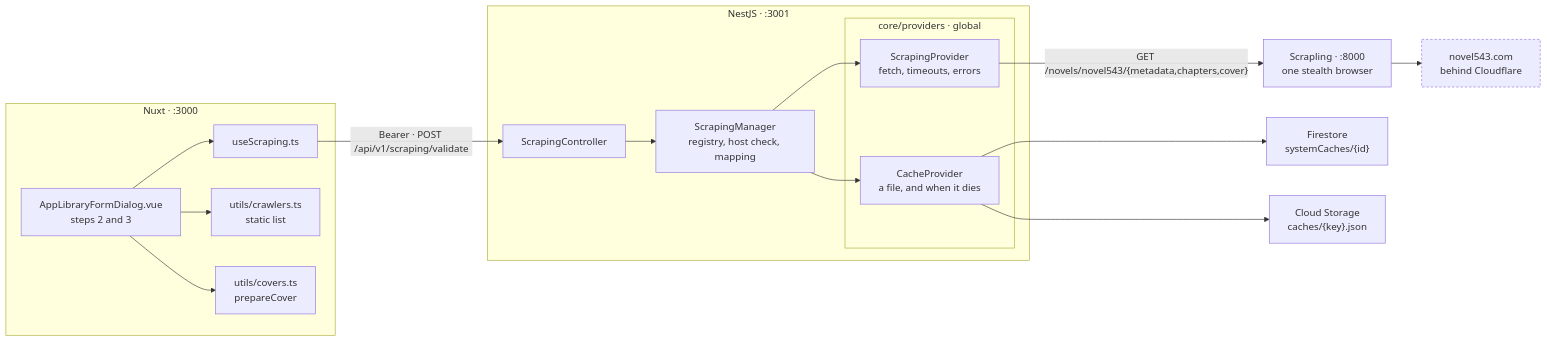
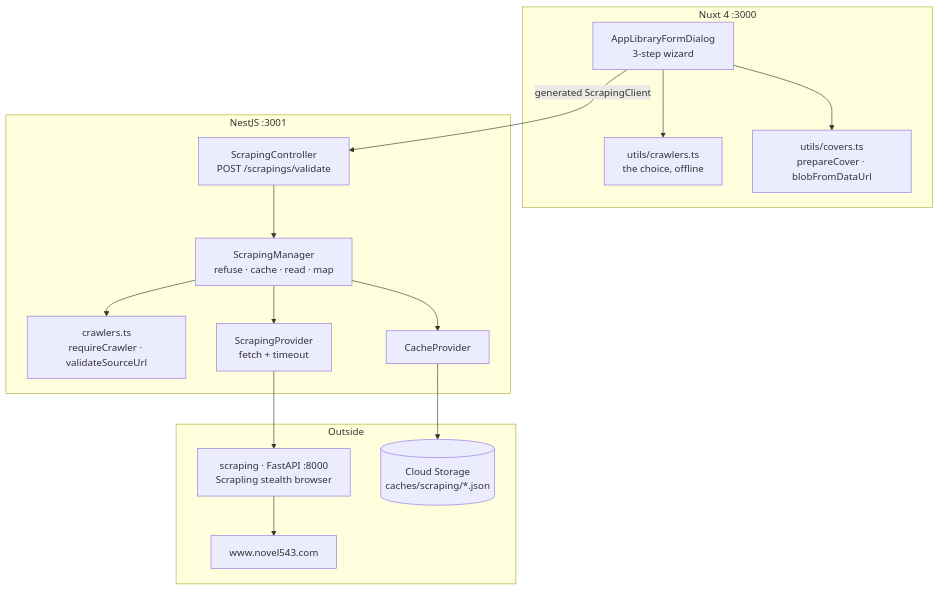
The first of 2 diagrams in _docs/plan/[library]-part3_create_item_with_scraping_service.md (datntdev0/projects.media-studio), drawn with Mermaid before and after one commit. The commit also changed other lines of this file and 11 other files, not shown here.

````diff
--- a/_docs/plan/[library]-part3_create_item_with_scraping_service.md
+++ b/_docs/plan/[library]-part3_create_item_with_scraping_service.md
@@ -210,37 +128,30 @@
 ```mermaid
-flowchart LR
-    subgraph fe["Nuxt · :3000"]
-        DIALOG["AppLibraryFormDialog.vue<br/>steps 2 and 3"]
-        HOOK["useScraping.ts"]
-        REG["utils/crawlers.ts<br/>static list"]
-        COV["utils/covers.ts<br/>prepareCover"]
-        DIALOG --> HOOK
-        DIALOG --> REG
-        DIALOG --> COV
+flowchart TB
+    subgraph fe["Nuxt 4 :3000"]
+        WIZ["AppLibraryFormDialog<br/>3-step wizard"]
+        CR["utils/crawlers.ts<br/>the choice, offline"]
+        COV["utils/covers.ts<br/>prepareCover · blobFromDataUrl"]
     end
 
-    subgraph be["NestJS · :3001"]
-        CTRL["ScrapingController"]
-        MGR["ScrapingManager<br/>registry, host check, mapping"]
-        subgraph core["core/providers · global"]
-            CACHE["CacheProvider<br/>a file, and when it dies"]
-            PROV["ScrapingProvider<br/>fetch, timeouts, errors"]
-        end
-        CTRL --> MGR
-        MGR --> CACHE
-        MGR --> PROV
+    subgraph be["NestJS :3001"]
+        CTRL["ScrapingController<br/>POST /scrapings/validate"]
+        MGR["ScrapingManager<br/>refuse · cache · read · map"]
+        REG["crawlers.ts<br/>requireCrawler · validateSourceUrl"]
+        CACHE["CacheProvider"]
+        PROV["ScrapingProvider<br/>fetch + timeout"]
     end
 
-    SCRAPE["Scrapling · :8000<br/>one stealth browser"]
-    FS["Firestore<br/>systemCaches/{id}"]
-    ST["Cloud Storage<br/>caches/{key}.json"]
-    SITE["novel543.com<br/>behind Cloudflare"]
+    subgraph ext["Outside"]
+        PY["scraping · FastAPI :8000<br/>Scrapling stealth browser"]
+        SITE["www.novel543.com"]
+        ST[("Cloud Storage<br/>caches/scraping/*.json")]
+    end
 
-    HOOK -- "Bearer · POST /api/v1/scraping/validate" --> CTRL
-    PROV -- "GET /novels/novel543/{metadata,chapters,cover}" --> SCRAPE
-    CACHE --> FS
-    CACHE --> ST
-    SCRAPE --> SITE
-
-    style SITE stroke-dasharray: 4 3
+    WIZ --> CR
+    WIZ -- "generated ScrapingClient" --> CTRL
+    CTRL --> MGR
+    MGR --> REG
+    MGR --> CACHE --> ST
+    MGR --> PROV --> PY --> SITE
+    WIZ --> COV
 ```
````
